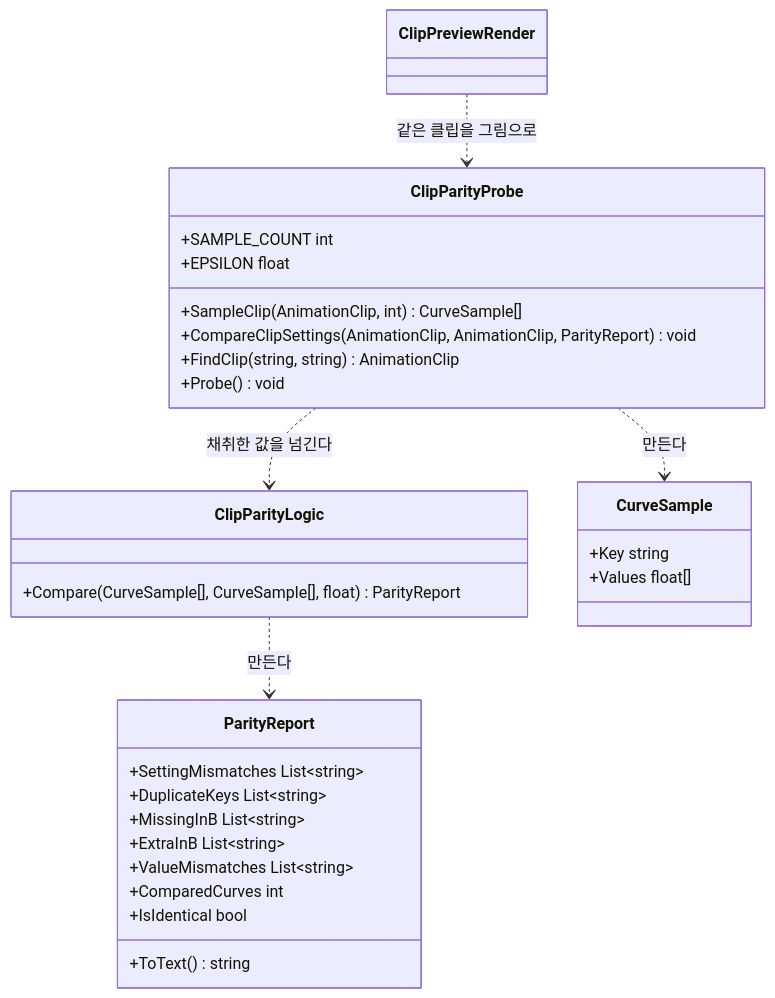
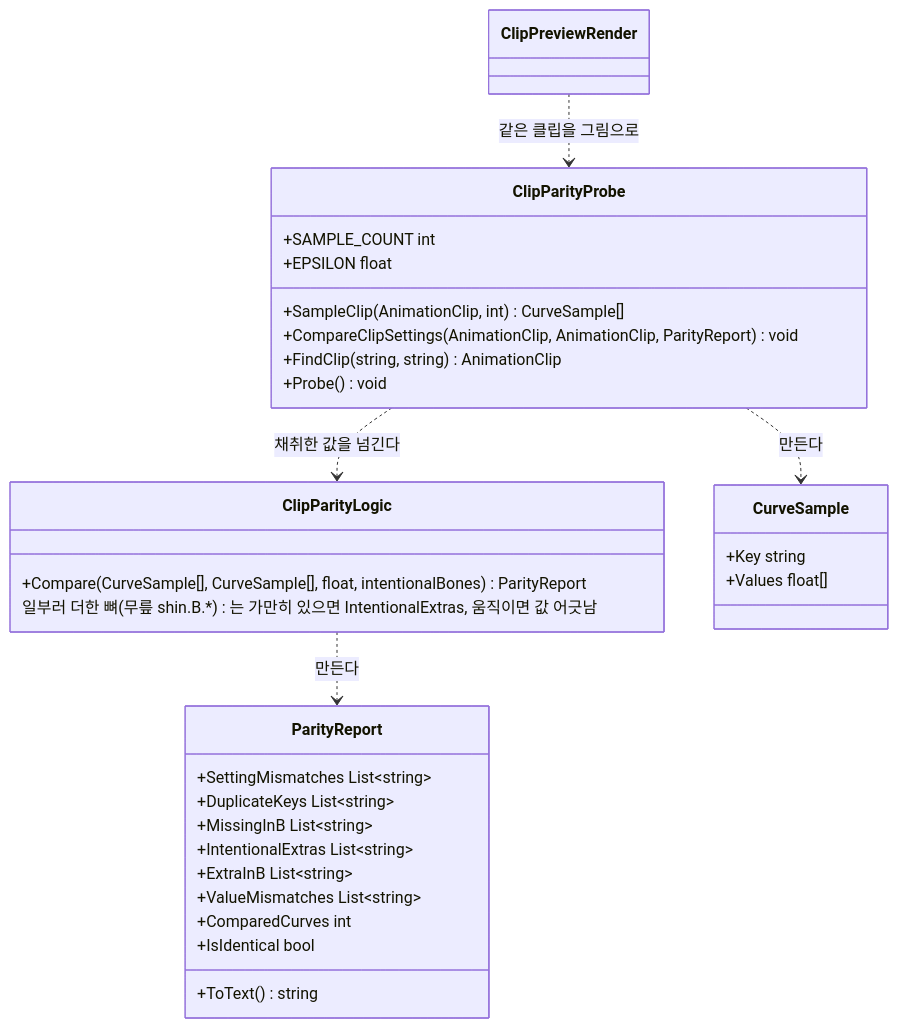
One commit to JeahanPark/The-Cheese-Thief-and-the-Cat changed diagram 48 of 53 in CTC/docs/design-vault/코드 다이어그램.md. Above: the diagram before and after it, drawn with Mermaid. The commit also changed other lines of this file and 69 other files, not shown here.

````diff
--- a/CTC/docs/design-vault/코드 다이어그램.md
+++ b/CTC/docs/design-vault/코드 다이어그램.md
@@ -2822,32 +2858,34 @@
 ```mermaid
 classDiagram
     class ClipParityProbe {
         +SAMPLE_COUNT int
         +EPSILON float
         +SampleClip(AnimationClip, int) CurveSample[]
         +CompareClipSettings(AnimationClip, AnimationClip, ParityReport) void
         +FindClip(string, string) AnimationClip
         +Probe() void
     }
     class ClipParityLogic {
-        +Compare(CurveSample[], CurveSample[], float) ParityReport
+        +Compare(CurveSample[], CurveSample[], float, intentionalBones) ParityReport
+        일부러 더한 뼈(무릎 shin.B.*)는 가만히 있으면 IntentionalExtras, 움직이면 값 어긋남
     }
     class CurveSample {
         +Key string
         +Values float[]
     }
     class ParityReport {
         +SettingMismatches List~string~
         +DuplicateKeys List~string~
         +MissingInB List~string~
+        +IntentionalExtras List~string~
         +ExtraInB List~string~
         +ValueMismatches List~string~
         +ComparedCurves int
         +IsIdentical bool
         +ToText() string
     }
     ClipParityProbe ..> ClipParityLogic : 채취한 값을 넘긴다
     ClipParityProbe ..> CurveSample : 만든다
     ClipParityLogic ..> ParityReport : 만든다
     ClipPreviewRender ..> ClipParityProbe : 같은 클립을 그림으로
 ```
````
